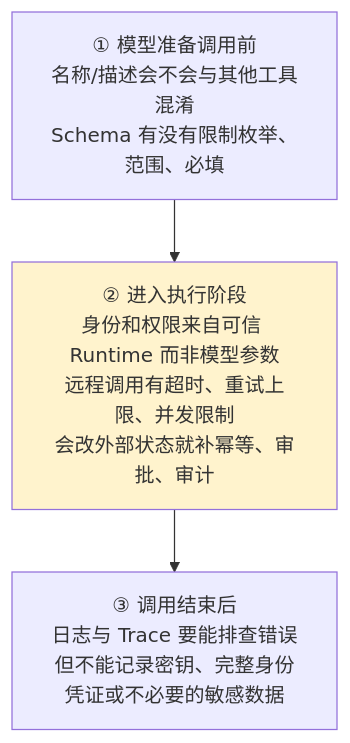
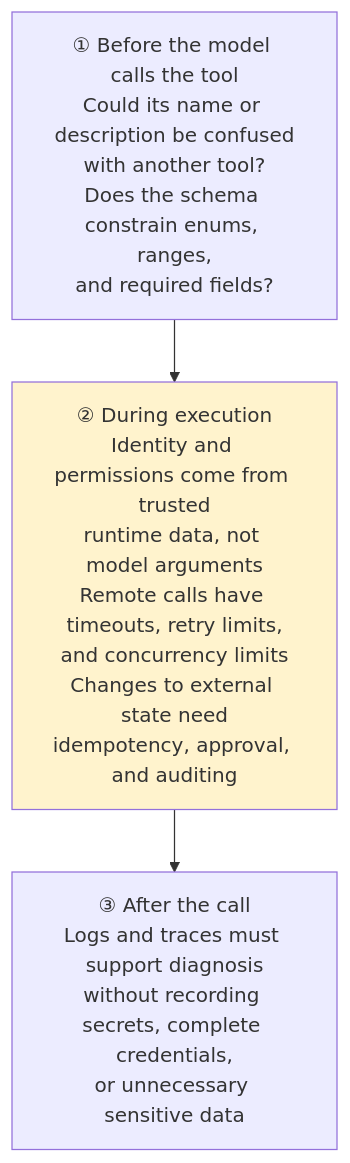
Before and after one commit to oneleaveknowsthefall/awesome-ai-roadmap: the third of 3 diagrams in docs/frameworks/01-langchain/02-agent-building/05-tool-registration.md, drawn with Mermaid. The commit also changed other lines of this file and 70 other files, not shown here.

````diff
--- a/docs/frameworks/01-langchain/02-agent-building/05-tool-registration.md
+++ b/docs/frameworks/01-langchain/02-agent-building/05-tool-registration.md
@@ -235,9 +236,9 @@
 ```mermaid
 flowchart TB
-    P1["① 模型准备调用前<br/>名称/描述会不会与其他工具混淆<br/>Schema 有没有限制枚举、范围、必填"]
-    P2["② 进入执行阶段<br/>身份和权限来自可信 Runtime 而非模型参数<br/>远程调用有超时、重试上限、并发限制<br/>会改外部状态就补幂等、审批、审计"]
-    P3["③ 调用结束后<br/>日志与 Trace 要能排查错误<br/>但不能记录密钥、完整身份凭证或不必要的敏感数据"]
+    P1["① Before the model calls the tool<br/>Could its name or description be confused<br/>with another tool?<br/>Does the schema constrain enums, ranges,<br/>and required fields?"]
+    P2["② During execution<br/>Identity and permissions come from trusted<br/>runtime data, not model arguments<br/>Remote calls have timeouts, retry limits,<br/>and concurrency limits<br/>Changes to external state need<br/>idempotency, approval, and auditing"]
+    P3["③ After the call<br/>Logs and traces must support diagnosis<br/>without recording secrets, complete credentials,<br/>or unnecessary sensitive data"]
     P1 --> P2 --> P3
 
     style P2 fill:#fff3cd
 ```
````
